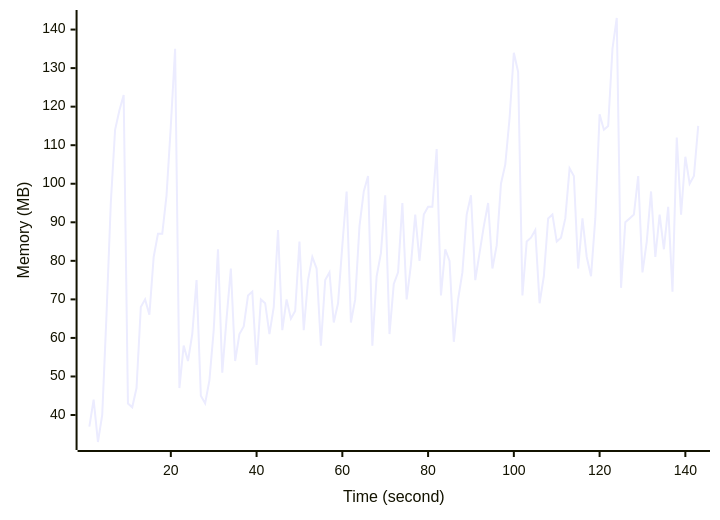
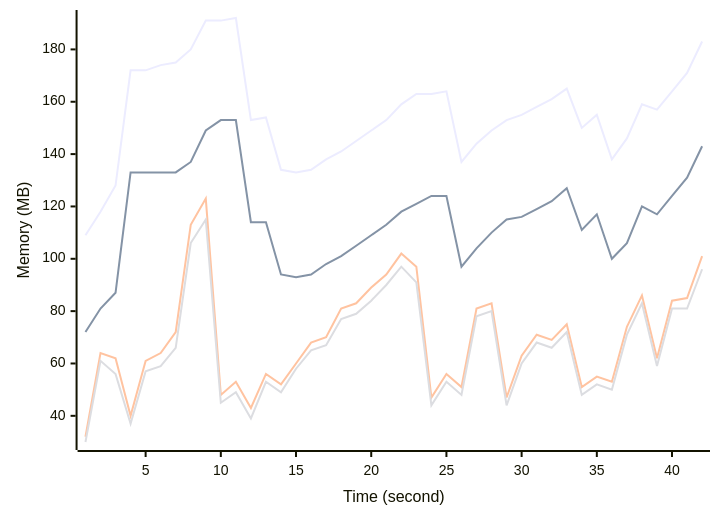
One commit to samchon/nestia-start changed the diagram in docs/benchmarks/AMD Ryzen 9 7940HS w Radeon 780M Graphics.md. Above: the diagram before and after it, drawn with Mermaid. The commit also changed other lines of this file and 1 other file, not shown here.

````diff
--- a/docs/benchmarks/AMD Ryzen 9 7940HS w Radeon 780M Graphics.md
+++ b/docs/benchmarks/AMD Ryzen 9 7940HS w Radeon 780M Graphics.md
@@ -25,6 +25,9 @@
 ```mermaid
 xychart-beta
   x-axis "Time (second)"
   y-axis "Memory (MB)"
-  line [37, 44, 33, 40, 66, 95, 114, 119, 123, 43, 42, 47, 68, 70, 66, 81, 87, 87, 97, 115, 135, 47, 58, 54, 61, 75, 45, 43, 49, 62, 83, 51, 65, 78, 54, 61, 63, 71, 72, 53, 70, 69, 61, 68, 88, 62, 70, 65, 67, 85, 62, 75, 81, 78, 58, 75, 77, 64, 69, 84, 98, 64, 70, 89, 98, 102, 58, 76, 82, 97, 61, 74, 77, 95, 70, 79, 92, 80, 92, 94, 94, 109, 71, 83, 80, 59, 70, 77, 92, 97, 75, 82, 89, 95, 78, 84, 100, 105, 117, 134, 129, 71, 85, 86, 88, 69, 76, 91, 92, 85, 86, 91, 104, 102, 78, 91, 81, 76, 91, 118, 114, 115, 135, 143, 73, 90, 91, 92, 102, 77, 85, 98, 81, 92, 83, 94, 72, 112, 92, 107, 100, 102, 115]
+  line [109, 118, 128, 172, 172, 174, 175, 180, 191, 191, 192, 153, 154, 134, 133, 134, 138, 141, 145, 149, 153, 159, 163, 163, 164, 137, 144, 149, 153, 155, 158, 161, 165, 150, 155, 138, 146, 159, 157, 164, 171, 183]
+  line [72, 81, 87, 133, 133, 133, 133, 137, 149, 153, 153, 114, 114, 94, 93, 94, 98, 101, 105, 109, 113, 118, 121, 124, 124, 97, 104, 110, 115, 116, 119, 122, 127, 111, 117, 100, 106, 120, 117, 124, 131, 143]
+  line [32, 64, 62, 40, 61, 64, 72, 113, 123, 48, 53, 43, 56, 52, 60, 68, 70, 81, 83, 89, 94, 102, 97, 47, 56, 51, 81, 83, 47, 63, 71, 69, 75, 51, 55, 53, 74, 86, 62, 84, 85, 101]
+  line [30, 61, 56, 37, 57, 59, 66, 106, 115, 45, 49, 39, 53, 49, 58, 65, 67, 77, 79, 84, 90, 97, 91, 44, 53, 48, 78, 80, 44, 60, 68, 66, 72, 48, 52, 50, 71, 83, 59, 81, 81, 96]
 ```
````
